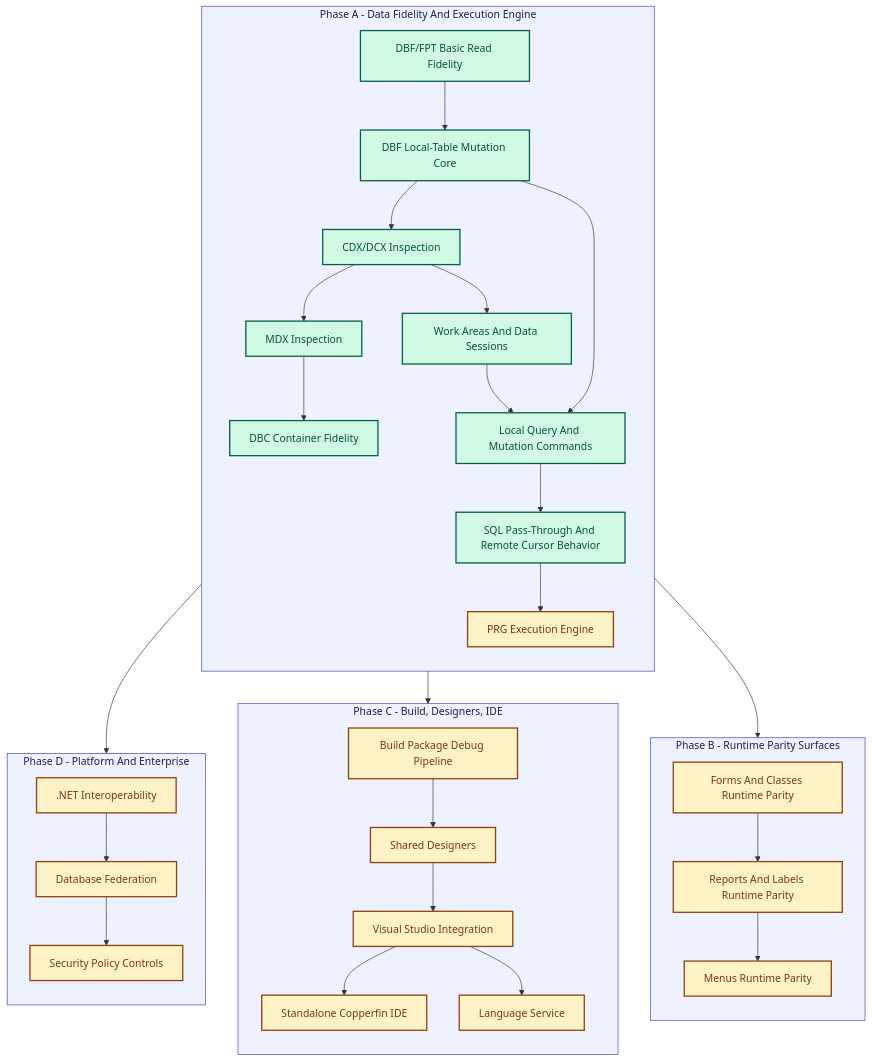
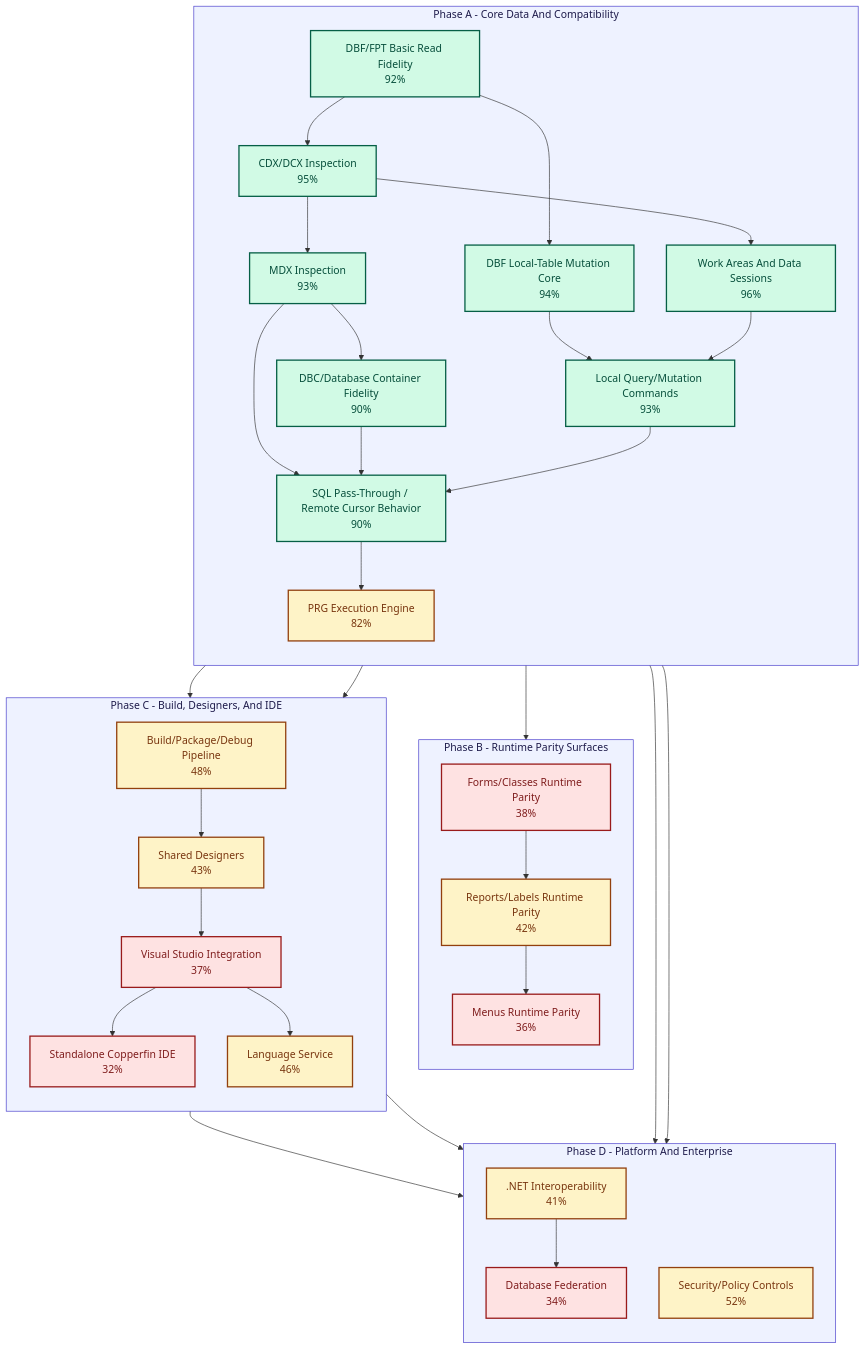
Before and after one commit to rhamenator/Project-Copperfin: the first of 2 diagrams in remaining-work.md, drawn with Mermaid. The commit also changed other lines of this file, not shown here.

Commit message:
Revise dependency diagrams and update progress metrics in remaining work documentation

````diff
--- a/remaining-work.md
+++ b/remaining-work.md
@@ -109,67 +113,67 @@
 ```mermaid
 flowchart TD
-    classDef done fill:#d1fae5,stroke:#065f46,stroke-width:2px,color:#064e3b;
-    classDef partial fill:#fef3c7,stroke:#92400e,stroke-width:2px,color:#78350f;
-    classDef missing fill:#fee2e2,stroke:#991b1b,stroke-width:2px,color:#7f1d1d;
+    classDef green fill:#d1fae5,stroke:#065f46,stroke-width:2px,color:#064e3b;
+    classDef amber fill:#fef3c7,stroke:#92400e,stroke-width:2px,color:#78350f;
+    classDef red fill:#fee2e2,stroke:#991b1b,stroke-width:2px,color:#7f1d1d;
     classDef lane fill:#eef2ff,stroke:#4338ca,stroke-width:1px,color:#1e1b4b;
 
-    subgraph P1[Phase A - Data Fidelity And Execution Engine]
+    subgraph PA[Phase A - Core Data And Compatibility]
         direction TB
-        A1[DBF/FPT Basic Read Fidelity]
-        A2[DBF Local-Table Mutation Core]
-        A3[CDX/DCX Inspection]
-        A4[MDX Inspection]
-        A5[DBC Container Fidelity]
-        B1[Work Areas And Data Sessions]
-        B2[Local Query And Mutation Commands]
-        B3[SQL Pass-Through And Remote Cursor Behavior]
-        B4[PRG Execution Engine]
+        A1["DBF/FPT Basic Read Fidelity<br/>92%"]
+        A2["DBF Local-Table Mutation Core<br/>94%"]
+        A3["CDX/DCX Inspection<br/>95%"]
+        A4["MDX Inspection<br/>93%"]
+        A5["DBC/Database Container Fidelity<br/>90%"]
+        A6["Work Areas And Data Sessions<br/>96%"]
+        A7["Local Query/Mutation Commands<br/>93%"]
+        A8["SQL Pass-Through / Remote Cursor Behavior<br/>90%"]
+        A9["PRG Execution Engine<br/>82%"]
     end
 
-    subgraph P2[Phase B - Runtime Parity Surfaces]
+    subgraph PB[Phase B - Runtime Parity Surfaces]
         direction TB
-        C1[Forms And Classes Runtime Parity]
-        C2[Reports And Labels Runtime Parity]
-        C3[Menus Runtime Parity]
+        B1["Forms/Classes Runtime Parity<br/>38%"]
+        B2["Reports/Labels Runtime Parity<br/>42%"]
+        B3["Menus Runtime Parity<br/>36%"]
     end
 
-    subgraph P3[Phase C - Build, Designers, IDE]
+    subgraph PC[Phase C - Build, Designers, And IDE]
         direction TB
-        D1[Build Package Debug Pipeline]
-        D2[Shared Designers]
-        D3[Visual Studio Integration]
-        D4[Standalone Copperfin IDE]
-        D5[Language Service]
+        C1["Build/Package/Debug Pipeline<br/>48%"]
+        C2["Shared Designers<br/>43%"]
+        C3["Visual Studio Integration<br/>37%"]
+        C4["Standalone Copperfin IDE<br/>32%"]
+        C5["Language Service<br/>46%"]
     end
 
-    subgraph P4[Phase D - Platform And Enterprise]
+    subgraph PD[Phase D - Platform And Enterprise]
         direction TB
-        E1[.NET Interoperability]
-        E2[Database Federation]
-        E3[Security Policy Controls]
+        D1[".NET Interoperability<br/>41%"]
+        D2["Database Federation<br/>34%"]
+        D3["Security/Policy Controls<br/>52%"]
     end
 
-    A1 --> A2 --> A3 --> A4 --> A5
-    A2 --> B2
-    A3 --> B1
-    B1 --> B2 --> B3 --> B4
+    A1 --> A2
+    A1 --> A3 --> A4 --> A5
+    A2 --> A7
+    A3 --> A6
+    A4 --> A8
+    A5 --> A8
+    A6 --> A7 --> A8 --> A9
 
-    B4 --> C1 --> C2 --> C3
-    B4 --> D1 --> D2 --> D3 --> D4
-    D3 --> D5
-    B4 --> E1 --> E2 --> E3
+    A9 --> B1 --> B2 --> B3
+    A9 --> C1 --> C2
+    C2 --> C3 --> C4
+    A9 --> C5
+    C3 --> C5
 
-    class A1,A2,A3,A4,A5 done;
+    A9 --> D1 --> D2
+    A9 --> D3
+    C1 --> D1
+    C3 --> D3
 
-    class B1,B2,B3 done;
-
-    class B4 partial;
-
-    class C1,C2,C3 partial;
-
-    class D1,D2,D3,D4,D5 partial;
-
-    class E1,E2,E3 partial;
-
-    class P1,P2,P3,P4 lane;
+    class A1,A2,A3,A4,A5,A6,A7,A8 green;
+    class A9,B2,C1,C2,C5,D1,D3 amber;
+    class B1,B3,C3,C4,D2 red;
+    class PA,PB,PC,PD lane;
 ```
````
